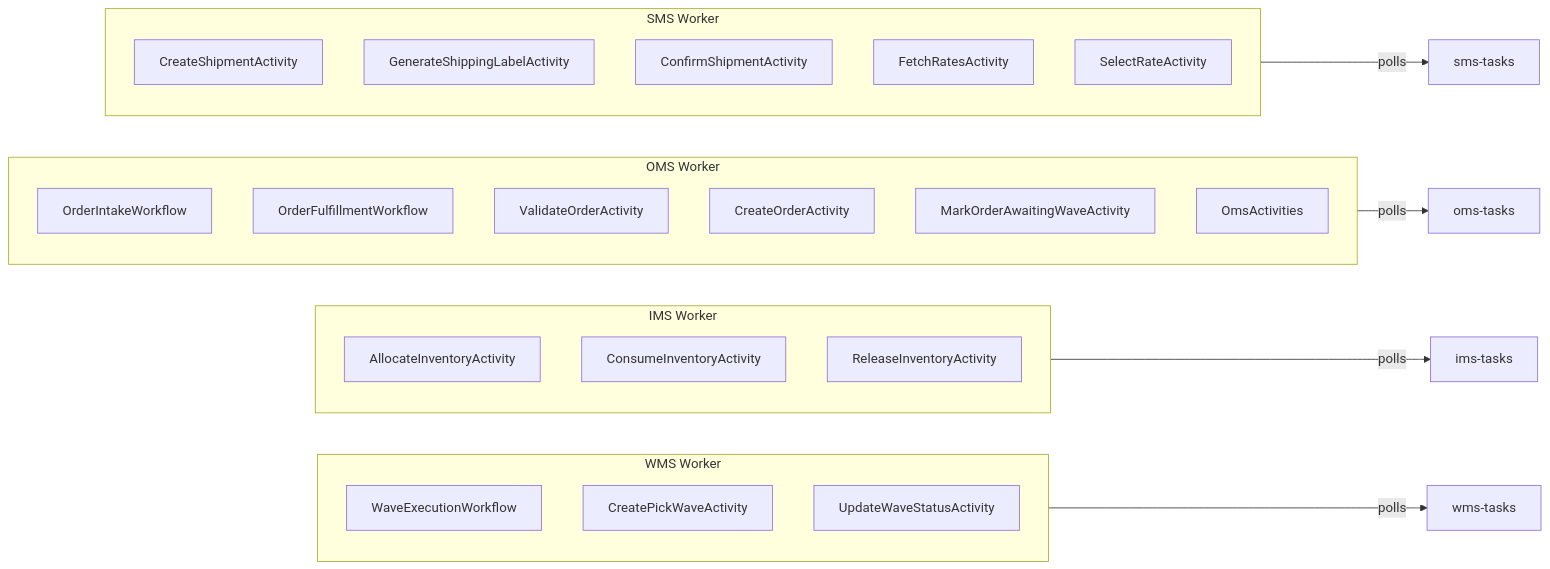
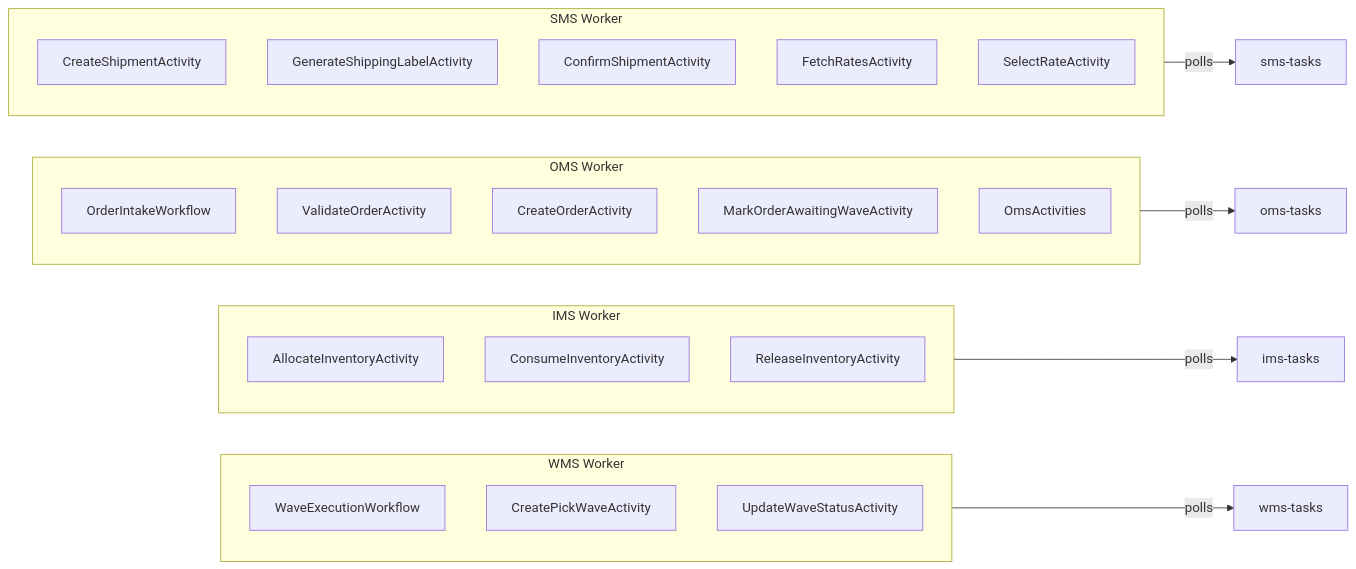
One commit to stephenmontague/tempest changed the third of 5 diagrams in docs/wave-execution-workflow-deep-dive.md. Above: the diagram before and after it, drawn with Mermaid. The commit also changed other lines of this file and 20 other files, not shown here.

````diff
--- a/docs/wave-execution-workflow-deep-dive.md
+++ b/docs/wave-execution-workflow-deep-dive.md
@@ -451,36 +451,35 @@
 ```mermaid
 graph LR
     subgraph wms_worker [WMS Worker]
         WMS_WF[WaveExecutionWorkflow]
         WMS_A1[CreatePickWaveActivity]
         WMS_A2[UpdateWaveStatusActivity]
     end
 
     subgraph ims_worker [IMS Worker]
         IMS_A1[AllocateInventoryActivity]
         IMS_A2[ConsumeInventoryActivity]
         IMS_A3[ReleaseInventoryActivity]
     end
 
     subgraph oms_worker [OMS Worker]
         OMS_WF1[OrderIntakeWorkflow]
-        OMS_WF2[OrderFulfillmentWorkflow]
         OMS_A1[ValidateOrderActivity]
         OMS_A2[CreateOrderActivity]
         OMS_A3[MarkOrderAwaitingWaveActivity]
         OMS_A4[OmsActivities]
     end
 
     subgraph sms_worker [SMS Worker]
         SMS_A1[CreateShipmentActivity]
         SMS_A2[GenerateShippingLabelActivity]
         SMS_A3[ConfirmShipmentActivity]
         SMS_A4[FetchRatesActivity]
         SMS_A5[SelectRateActivity]
     end
 
     wms_worker -->|polls| WMS_Q[wms-tasks]
     ims_worker -->|polls| IMS_Q[ims-tasks]
     oms_worker -->|polls| OMS_Q[oms-tasks]
     sms_worker -->|polls| SMS_Q[sms-tasks]
 ```
````
